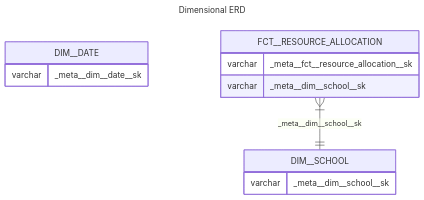
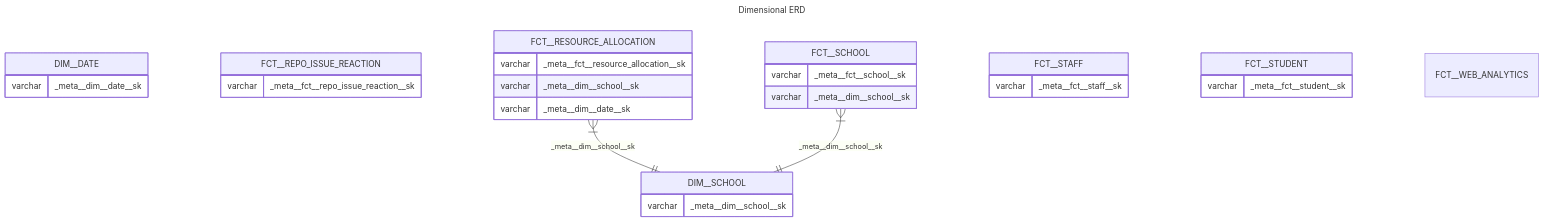
The diagram in ERD.md (wisemuffin/nsw-doe-data-stack-in-a-box), drawn with Mermaid before and after one commit. The commit also changed 6 other files, not shown here.

Commit message:
inital dbt unit test and erd fix

````diff
--- a/ERD.md
+++ b/ERD.md
@@ -2,18 +2,35 @@
 ```mermaid
 ---
 title: Dimensional ERD
 ---
 erDiagram
   "DIM__DATE" {
     varchar _meta__dim__date__sk
   }
   "DIM__SCHOOL" {
     varchar _meta__dim__school__sk
   }
+  "FCT__REPO_ISSUE_REACTION" {
+    varchar _meta__fct__repo_issue_reaction__sk
+  }
   "FCT__RESOURCE_ALLOCATION" {
     varchar _meta__fct__resource_allocation__sk
     varchar _meta__dim__school__sk
+    varchar _meta__dim__date__sk
+  }
+  "FCT__SCHOOL" {
+    varchar _meta__fct__school__sk
+    varchar _meta__dim__school__sk
+  }
+  "FCT__STAFF" {
+    varchar _meta__fct__staff__sk
+  }
+  "FCT__STUDENT" {
+    varchar _meta__fct__student__sk
+  }
+  "FCT__WEB_ANALYTICS" {
   }
   "FCT__RESOURCE_ALLOCATION" }|--|| "DIM__SCHOOL": _meta__dim__school__sk
+  "FCT__SCHOOL" }|--|| "DIM__SCHOOL": _meta__dim__school__sk
 
 ```
````
